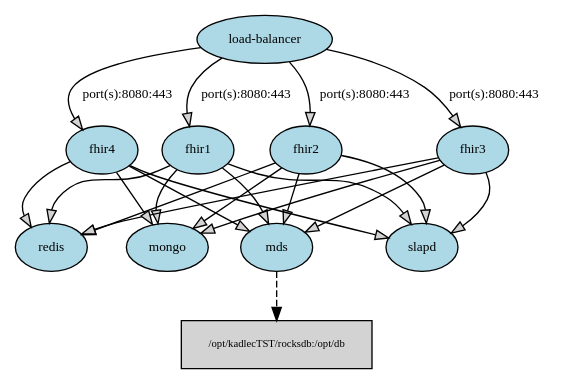
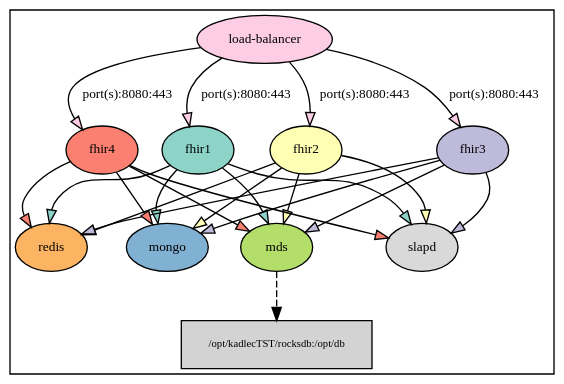
One commit to zenfish/docker-scripts changed the diagram in compose.dot. Above: the diagram before and after it, drawn with Graphviz. The commit also changed 4 other files, not shown here.

```diff
--- a/compose.dot
+++ b/compose.dot
@@ -1,106 +1,113 @@
 
 //
 // Create a PNG file from the output using:
 //
 //     dot -Tpng -o compose.png < compose.dot
 //
+//  Larger graph with:
+//
+//     dot -Tpng -Gsize=8,8\! -o compose.png < compose.dot
+//
 
 
 digraph {
-	fhir1	 [fillcolor=lightblue,
+	graph [colorscheme=set312,
+		rankdir=TB
+	];
+	fhir1	 [fillcolor="#8dd3c7",
 		fontsize=10,
 		style=filled];
-	slapd	 [fillcolor=lightblue,
+	slapd	 [fillcolor="#d9d9d9",
 		fontsize=10,
 		style=filled];
-	fhir1 -> slapd	 [fillcolor=lightgray,
+	fhir1 -> slapd	 [fillcolor="#8dd3c7",
 		fontsize=10,
 		style=filled];
-	redis	 [fillcolor=lightblue,
+	redis	 [fillcolor="#fdb462",
 		fontsize=10,
 		style=filled];
-	fhir1 -> redis	 [fillcolor=lightgray,
+	fhir1 -> redis	 [fillcolor="#8dd3c7",
 		fontsize=10,
 		style=filled];
-	mongo	 [fillcolor=lightblue,
+	mongo	 [fillcolor="#80b1d3",
 		fontsize=10,
 		style=filled];
-	fhir1 -> mongo	 [fillcolor=lightgray,
+	fhir1 -> mongo	 [fillcolor="#8dd3c7",
 		fontsize=10,
 		style=filled];
-	mds	 [fillcolor=lightblue,
+	mds	 [fillcolor="#b3de69",
 		fontsize=10,
 		style=filled];
-	fhir1 -> mds	 [fillcolor=lightgray,
+	fhir1 -> mds	 [fillcolor="#8dd3c7",
 		fontsize=10,
 		style=filled];
 	"/opt/kadlecTST/rocksdb:/opt/db"	 [fillcolor=lightgrey,
 		fontsize=8,
 		shape=box,
 		style=filled];
 	mds -> "/opt/kadlecTST/rocksdb:/opt/db"	 [style=dashed];
-	fhir2	 [fillcolor=lightblue,
+	fhir2	 [fillcolor="#ffffb3",
 		fontsize=10,
 		style=filled];
-	fhir2 -> slapd	 [fillcolor=lightgray,
+	fhir2 -> slapd	 [fillcolor="#ffffb3",
 		fontsize=10,
 		style=filled];
-	fhir2 -> redis	 [fillcolor=lightgray,
+	fhir2 -> redis	 [fillcolor="#ffffb3",
 		fontsize=10,
 		style=filled];
-	fhir2 -> mongo	 [fillcolor=lightgray,
+	fhir2 -> mongo	 [fillcolor="#ffffb3",
 		fontsize=10,
 		style=filled];
-	fhir2 -> mds	 [fillcolor=lightgray,
+	fhir2 -> mds	 [fillcolor="#ffffb3",
 		fontsize=10,
 		style=filled];
-	fhir3	 [fillcolor=lightblue,
+	fhir3	 [fillcolor="#bebada",
 		fontsize=10,
 		style=filled];
-	fhir3 -> slapd	 [fillcolor=lightgray,
+	fhir3 -> slapd	 [fillcolor="#bebada",
 		fontsize=10,
 		style=filled];
-	fhir3 -> redis	 [fillcolor=lightgray,
+	fhir3 -> redis	 [fillcolor="#bebada",
 		fontsize=10,
 		style=filled];
-	fhir3 -> mongo	 [fillcolor=lightgray,
+	fhir3 -> mongo	 [fillcolor="#bebada",
 		fontsize=10,
 		style=filled];
-	fhir3 -> mds	 [fillcolor=lightgray,
+	fhir3 -> mds	 [fillcolor="#bebada",
 		fontsize=10,
 		style=filled];
-	fhir4	 [fillcolor=lightblue,
+	fhir4	 [fillcolor="#fb8072",
 		fontsize=10,
 		style=filled];
-	fhir4 -> slapd	 [fillcolor=lightgray,
+	fhir4 -> slapd	 [fillcolor="#fb8072",
 		fontsize=10,
 		style=filled];
-	fhir4 -> redis	 [fillcolor=lightgray,
+	fhir4 -> redis	 [fillcolor="#fb8072",
 		fontsize=10,
 		style=filled];
-	fhir4 -> mongo	 [fillcolor=lightgray,
+	fhir4 -> mongo	 [fillcolor="#fb8072",
 		fontsize=10,
 		style=filled];
-	fhir4 -> mds	 [fillcolor=lightgray,
+	fhir4 -> mds	 [fillcolor="#fb8072",
 		fontsize=10,
 		style=filled];
-	"load-balancer"	 [fillcolor=lightblue,
+	"load-balancer"	 [fillcolor="#fccde5",
 		fontsize=10,
 		style=filled];
-	"load-balancer" -> fhir1	 [fillcolor=lightgray,
+	"load-balancer" -> fhir1	 [fillcolor="#fccde5",
 		fontsize=10,
 		label="port(s):8080:443",
 		style=filled];
-	"load-balancer" -> fhir2	 [fillcolor=lightgray,
+	"load-balancer" -> fhir2	 [fillcolor="#fccde5",
 		fontsize=10,
 		label="port(s):8080:443",
 		style=filled];
-	"load-balancer" -> fhir3	 [fillcolor=lightgray,
+	"load-balancer" -> fhir3	 [fillcolor="#fccde5",
 		fontsize=10,
 		label="port(s):8080:443",
 		style=filled];
-	"load-balancer" -> fhir4	 [fillcolor=lightgray,
+	"load-balancer" -> fhir4	 [fillcolor="#fccde5",
 		fontsize=10,
 		label="port(s):8080:443",
 		style=filled];
 }
```
